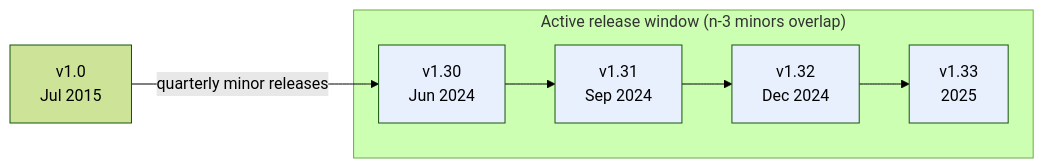
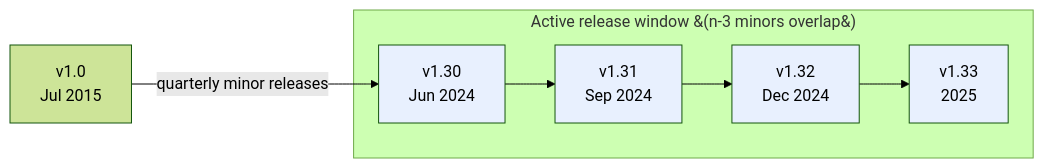
One commit to WhoisMonesh/K8S-Everything changed the diagram in kubernetes-versions.md. Above: the diagram before and after it, drawn with Mermaid (forest theme). The commit also changed 16 other files, not shown here.

First line of the commit message:
Fix parentheses in Mermaid node labels (16 files)

````diff
--- a/kubernetes-versions.md
+++ b/kubernetes-versions.md
@@ -11,11 +11,11 @@
 ```mermaid
 graph LR
-    subgraph Active ["Active release window (n-3 minors overlap)"]
+    subgraph Active ["Active release window &#40;n-3 minors overlap&#41;"]
         A["v1.30<br/>Jun 2024"] --> B["v1.31<br/>Sep 2024"] --> C["v1.32<br/>Dec 2024"] --> D["v1.33<br/>2025"]
     end
     O["v1.0<br/>Jul 2015"] -->|quarterly minor releases| A
     style A fill:#e8f0fe
     style B fill:#e8f0fe
     style C fill:#e8f0fe
     style D fill:#e8f0fe
 ```
````
